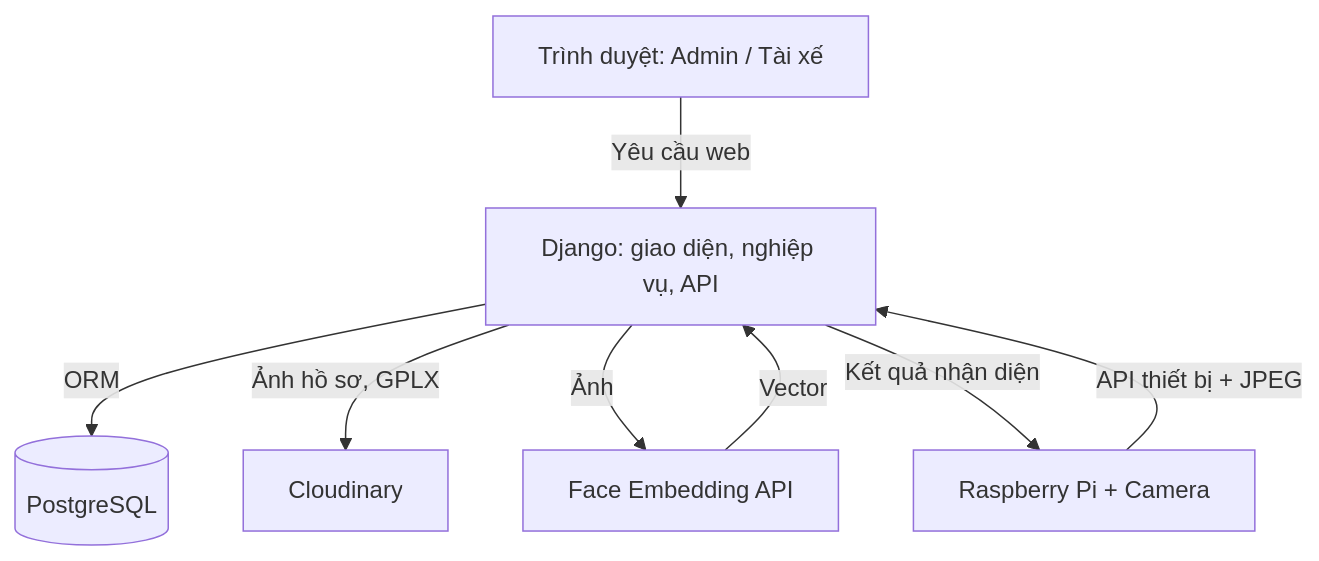
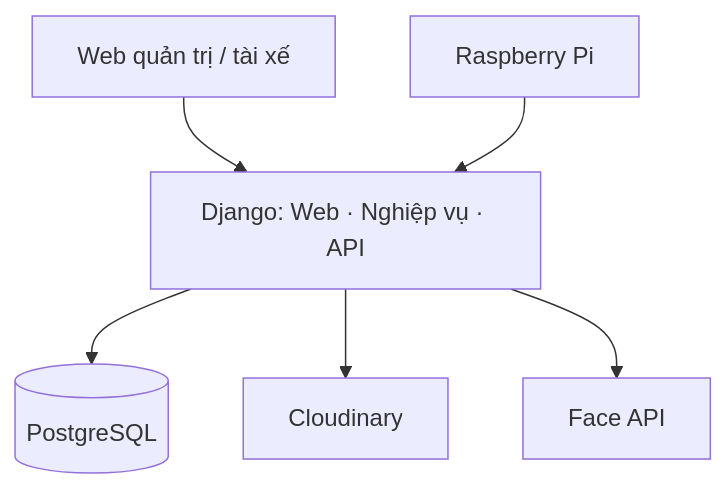
The diagram in docs/bao_cao_2_4/sources/01_kien_truc.mmd (2kdietga/PBL6), drawn with Mermaid before and after one commit. The commit also changed 27 other files, not shown here.

```diff
--- a/docs/bao_cao_2_4/sources/01_kien_truc.mmd
+++ b/docs/bao_cao_2_4/sources/01_kien_truc.mmd
@@ -1,8 +1,6 @@
 flowchart TB
- W[Trình duyệt: Admin / Tài xế] -->|Yêu cầu web| D[Django: giao diện, nghiệp vụ, API]
- P[Raspberry Pi + Camera] -->|API thiết bị + JPEG| D
- D -->|ORM| DB[(PostgreSQL)]
- D -->|Ảnh hồ sơ, GPLX| C[Cloudinary]
- D -->|Ảnh| F[Face Embedding API]
- F -->|Vector| D
- D -->|Kết quả nhận diện| P
+ W[Web quản trị / tài xế] --> D[Django: Web · Nghiệp vụ · API]
+ P[Raspberry Pi] --> D
+ D --> DB[(PostgreSQL)]
+ D --> C[Cloudinary]
+ D --> F[Face API]
```
